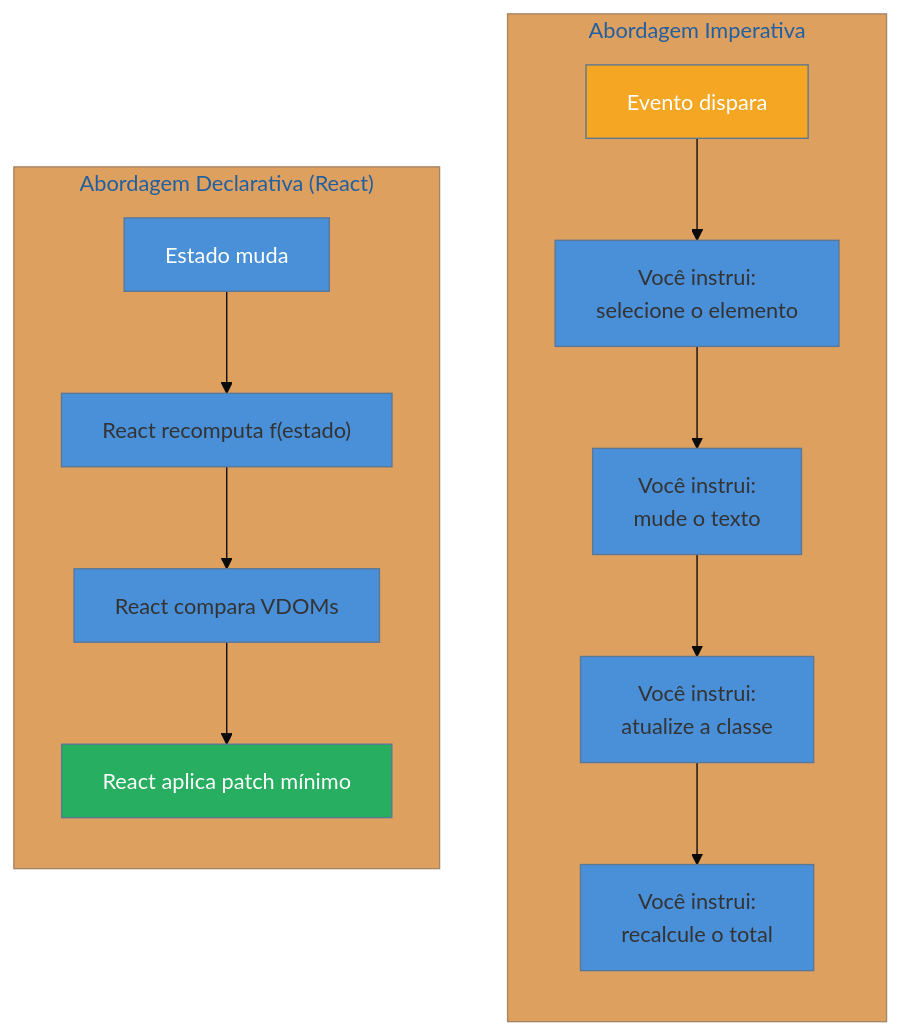
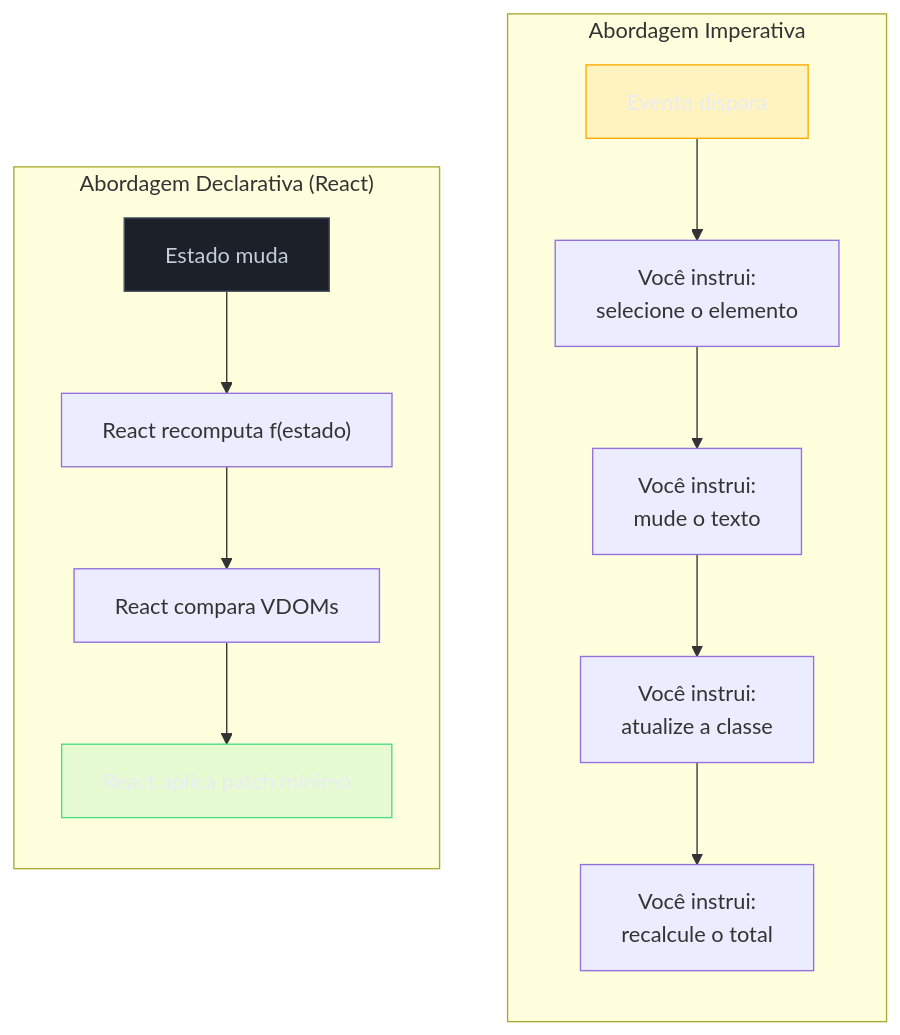
The fourth of 4 diagrams in 03-Dominios/Tecnologia/React/React core/01 - O que é React e a UI declarativa.md (josenaldo/codex-technomanticus), drawn with Mermaid before and after one commit. The commit also changed other lines of this file and 1181 other files, not shown here.

First line of the commit message:
fix(diagramas): paleta do sistema no lugar de cor cravada no markdown

````diff
--- a/03-Dominios/Tecnologia/React/React core/01 - O que é React e a UI declarativa.md
+++ b/03-Dominios/Tecnologia/React/React core/01 - O que é React e a UI declarativa.md
@@ -286,26 +291,28 @@
 ```mermaid
-%%{init: {"theme": "base", "themeVariables": {"primaryColor": "#4A90D9"}}}%%
 flowchart TD
+    classDef destaque fill:#FFAA0024,stroke:#FFAA00,color:#E9ECF2
+    classDef neutro fill:#1B2029,stroke:#4E5666,color:#C6CCD8
+    classDef ok fill:#4ADE8021,stroke:#4ADE80,color:#E9ECF2
     subgraph imperativo["Abordagem Imperativa"]
         direction TB
         I1["Evento dispara"]
         I2["Você instrui:\nselecione o elemento"]
         I3["Você instrui:\nmude o texto"]
         I4["Você instrui:\natualize a classe"]
         I5["Você instrui:\nrecalcule o total"]
         I1 --> I2 --> I3 --> I4 --> I5
     end
 
     subgraph declarativo["Abordagem Declarativa (React)"]
         direction TB
         D1["Estado muda"]
         D2["React recomputa f(estado)"]
         D3["React compara VDOMs"]
         D4["React aplica patch mínimo"]
         D1 --> D2 --> D3 --> D4
     end
 
-    style I1 fill:#F5A623,color:#fff
-    style D1 fill:#4A90D9,color:#fff
-    style D4 fill:#27AE60,color:#fff
+    class I1 destaque
+    class D1 neutro
+    class D4 ok
 ```
````
